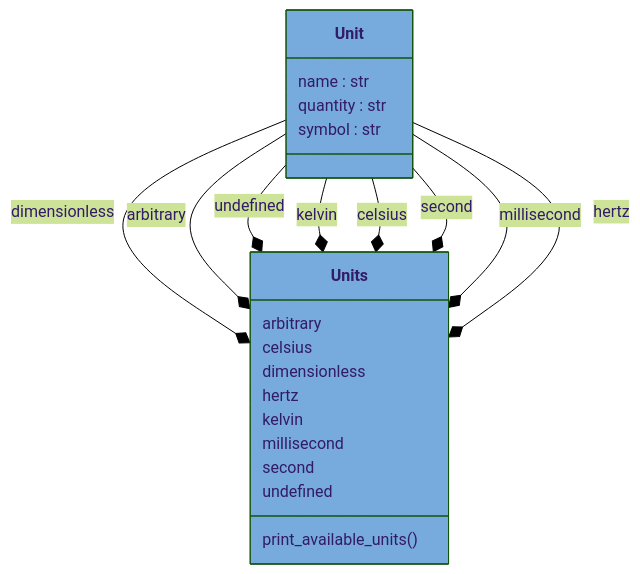
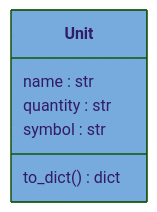
One commit to voidsy-gmbh/pyThermoNDT changed the diagram in docs/pyreverse/mermaid/classes_pythermondt.data.units.mmd. Above: the diagram before and after it, drawn with Mermaid (forest theme). The commit also changed 12 other files, not shown here.

```diff
--- a/docs/pyreverse/mermaid/classes_pythermondt.data.units.mmd
+++ b/docs/pyreverse/mermaid/classes_pythermondt.data.units.mmd
@@ -1,27 +1,8 @@
 classDiagram
   class Unit {
     name : str
     quantity : str
     symbol : str
+    to_dict() dict
   }
   style Unit fill:#77AADD
-  class Units {
-    arbitrary
-    celsius
-    dimensionless
-    hertz
-    kelvin
-    millisecond
-    second
-    undefined
-    print_available_units()
-  }
-  style Units fill:#77AADD
-  Unit --* Units : dimensionless
-  Unit --* Units : arbitrary
-  Unit --* Units : undefined
-  Unit --* Units : kelvin
-  Unit --* Units : celsius
-  Unit --* Units : second
-  Unit --* Units : millisecond
-  Unit --* Units : hertz
```
